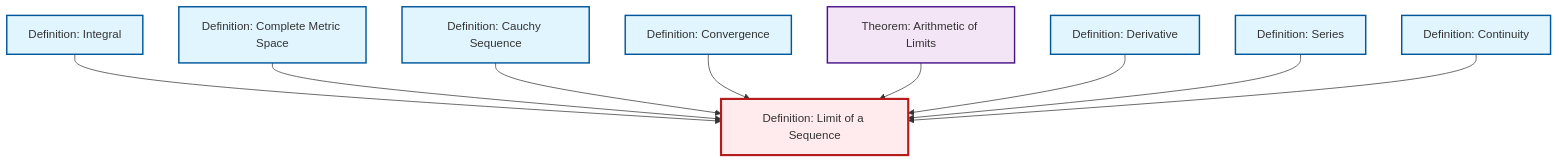
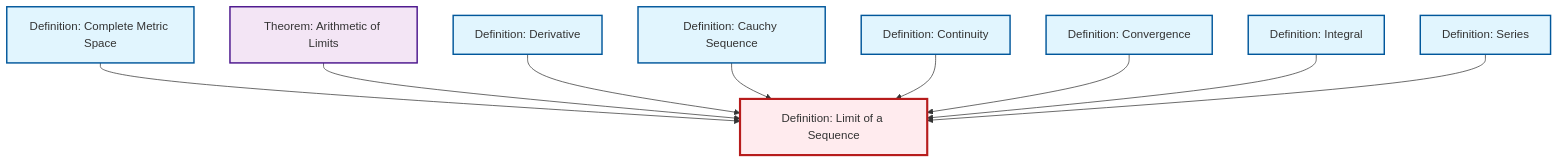
Before and after one commit to RK0429/ModernMath: the diagram in content/ja/analysis/def-limit.qmd, drawn with Mermaid. The commit also changed other lines of this file and 634 other files, not shown here.

````diff
--- a/content/ja/analysis/def-limit.qmd
+++ b/content/ja/analysis/def-limit.qmd
@@ -49,35 +49,35 @@
 ```{mermaid}
 %%| fig-cap: "Local dependency graph"
 graph TD
     classDef definition fill:#e1f5fe,stroke:#01579b,stroke-width:2px
     classDef theorem fill:#f3e5f5,stroke:#4a148c,stroke-width:2px
     classDef axiom fill:#fff3e0,stroke:#e65100,stroke-width:2px
     classDef example fill:#e8f5e9,stroke:#1b5e20,stroke-width:2px
     classDef current fill:#ffebee,stroke:#b71c1c,stroke-width:3px
-    def-complete-metric-space["Definition: Complete Metric Space"]:::definition
     def-convergence["Definition: Convergence"]:::definition
+    def-derivative["Definition: Derivative"]:::definition
+    def-continuity["Definition: Continuity"]:::definition
+    thm-limit-arithmetic["Theorem: Arithmetic of Limits"]:::theorem
+    def-series["Definition: Series"]:::definition
     def-cauchy-sequence["Definition: Cauchy Sequence"]:::definition
     def-integral["Definition: Integral"]:::definition
-    def-series["Definition: Series"]:::definition
+    def-complete-metric-space["Definition: Complete Metric Space"]:::definition
     def-limit["Definition: Limit of a Sequence"]:::definition
-    thm-limit-arithmetic["Theorem: Arithmetic of Limits"]:::theorem
-    def-continuity["Definition: Continuity"]:::definition
-    def-derivative["Definition: Derivative"]:::definition
-    def-integral --> def-limit
     def-complete-metric-space --> def-limit
-    def-cauchy-sequence --> def-limit
-    def-convergence --> def-limit
     thm-limit-arithmetic --> def-limit
     def-derivative --> def-limit
+    def-cauchy-sequence --> def-limit
+    def-continuity --> def-limit
+    def-convergence --> def-limit
+    def-integral --> def-limit
     def-series --> def-limit
-    def-continuity --> def-limit
     class def-limit current
-    click def-complete-metric-space "def-complete-metric-space.html" "Definition: Complete Metric Spaceへ"
     click def-convergence "def-convergence.html" "Definition: Convergenceへ"
+    click def-derivative "def-derivative.html" "Definition: Derivativeへ"
+    click def-continuity "def-continuity.html" "Definition: Continuityへ"
+    click thm-limit-arithmetic "thm-limit-arithmetic.html" "Theorem: Arithmetic of Limitsへ"
+    click def-series "def-series.html" "Definition: Seriesへ"
     click def-cauchy-sequence "def-cauchy-sequence.html" "Definition: Cauchy Sequenceへ"
     click def-integral "def-integral.html" "Definition: Integralへ"
-    click def-series "def-series.html" "Definition: Seriesへ"
-    click thm-limit-arithmetic "thm-limit-arithmetic.html" "Theorem: Arithmetic of Limitsへ"
-    click def-continuity "def-continuity.html" "Definition: Continuityへ"
-    click def-derivative "def-derivative.html" "Definition: Derivativeへ"
+    click def-complete-metric-space "def-complete-metric-space.html" "Definition: Complete Metric Spaceへ"
 ```
````
